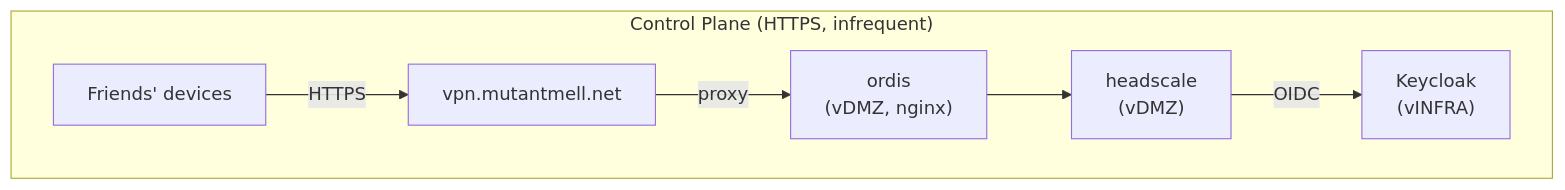
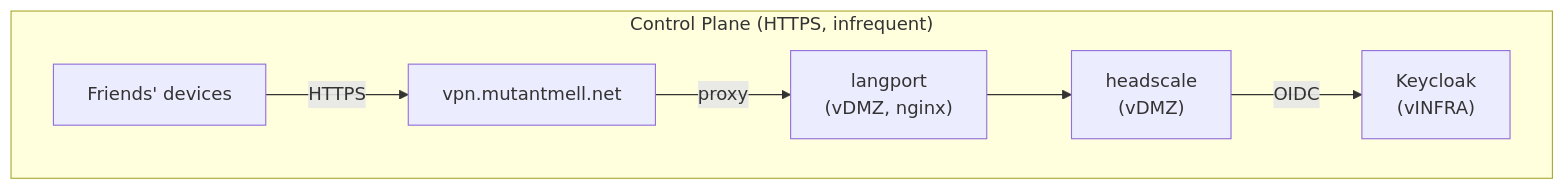
Before and after one commit to mutantmell/dotfiles: the second of 3 diagrams in llm-notes/headscale-integration-plan.md, drawn with Mermaid. The commit also changed other lines of this file and 4 other files, not shown here.

````diff
--- a/llm-notes/headscale-integration-plan.md
+++ b/llm-notes/headscale-integration-plan.md
@@ -67,10 +67,10 @@
 ```mermaid
 flowchart LR
     subgraph control["Control Plane (HTTPS, infrequent)"]
         direction LR
         FC["Friends' devices"] -->|HTTPS| VPN["vpn.mutantmell.net"]
-        VPN -->|proxy| Ordis["ordis\n(vDMZ, nginx)"]
-        Ordis --> HS["headscale\n(vDMZ)"]
+        VPN -->|proxy| Langport["langport\n(vDMZ, nginx)"]
+        Langport --> HS["headscale\n(vDMZ)"]
         HS -->|OIDC| KC["Keycloak\n(vINFRA)"]
     end
 ```
````
